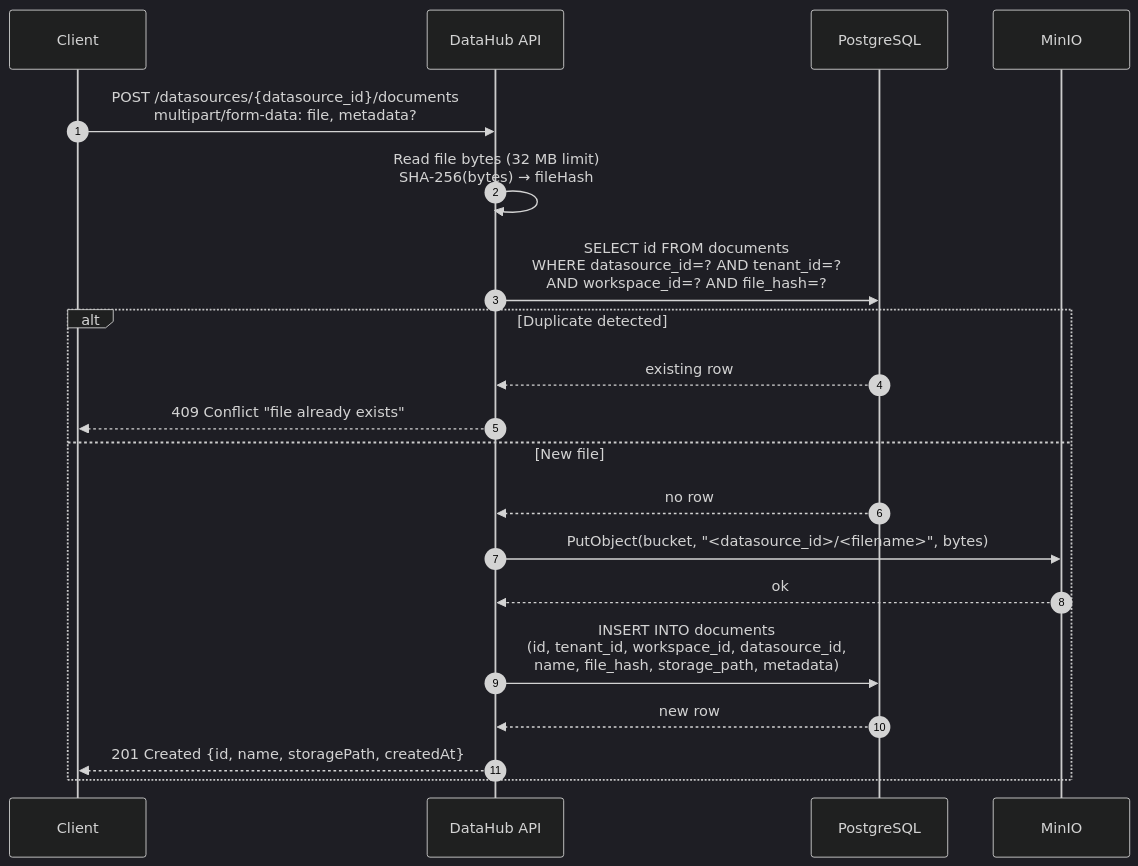
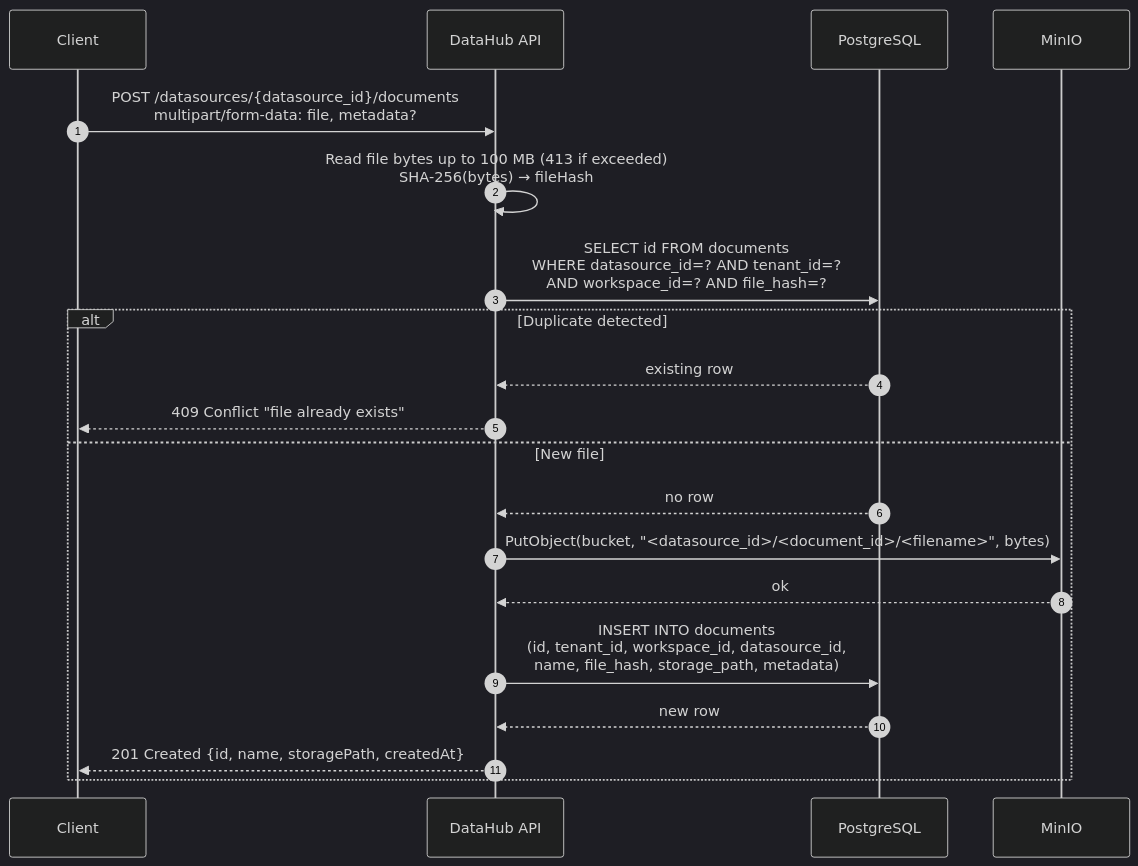
The third of 11 diagrams in docs/architecture/datahub/sequence.md (Andrew-Bu1/Agent-Platform), drawn with Mermaid (dark theme) before and after one commit. The commit also changed other lines of this file and 21 other files, not shown here.

````diff
--- a/docs/architecture/datahub/sequence.md
+++ b/docs/architecture/datahub/sequence.md
@@ -204,23 +204,23 @@
 ```mermaid
 sequenceDiagram
     autonumber
     participant C as Client
     participant DH as DataHub API
     participant DB as PostgreSQL
     participant Minio as MinIO
 
     C->>DH: POST /datasources/{datasource_id}/documents<br/>multipart/form-data: file, metadata?
-    DH->>DH: Read file bytes (32 MB limit)<br/>SHA-256(bytes) → fileHash
+    DH->>DH: Read file bytes up to 100 MB (413 if exceeded)<br/>SHA-256(bytes) → fileHash
     DH->>DB: SELECT id FROM documents<br/>WHERE datasource_id=? AND tenant_id=?<br/>AND workspace_id=? AND file_hash=?
     alt Duplicate detected
         DB-->>DH: existing row
         DH-->>C: 409 Conflict "file already exists"
     else New file
         DB-->>DH: no row
-        DH->>Minio: PutObject(bucket, "<datasource_id>/<filename>", bytes)
+        DH->>Minio: PutObject(bucket, "<datasource_id>/<document_id>/<filename>", bytes)
         Minio-->>DH: ok
         DH->>DB: INSERT INTO documents<br/>(id, tenant_id, workspace_id, datasource_id,<br/>name, file_hash, storage_path, metadata)
         DB-->>DH: new row
         DH-->>C: 201 Created {id, name, storagePath, createdAt}
     end
 ```
````
